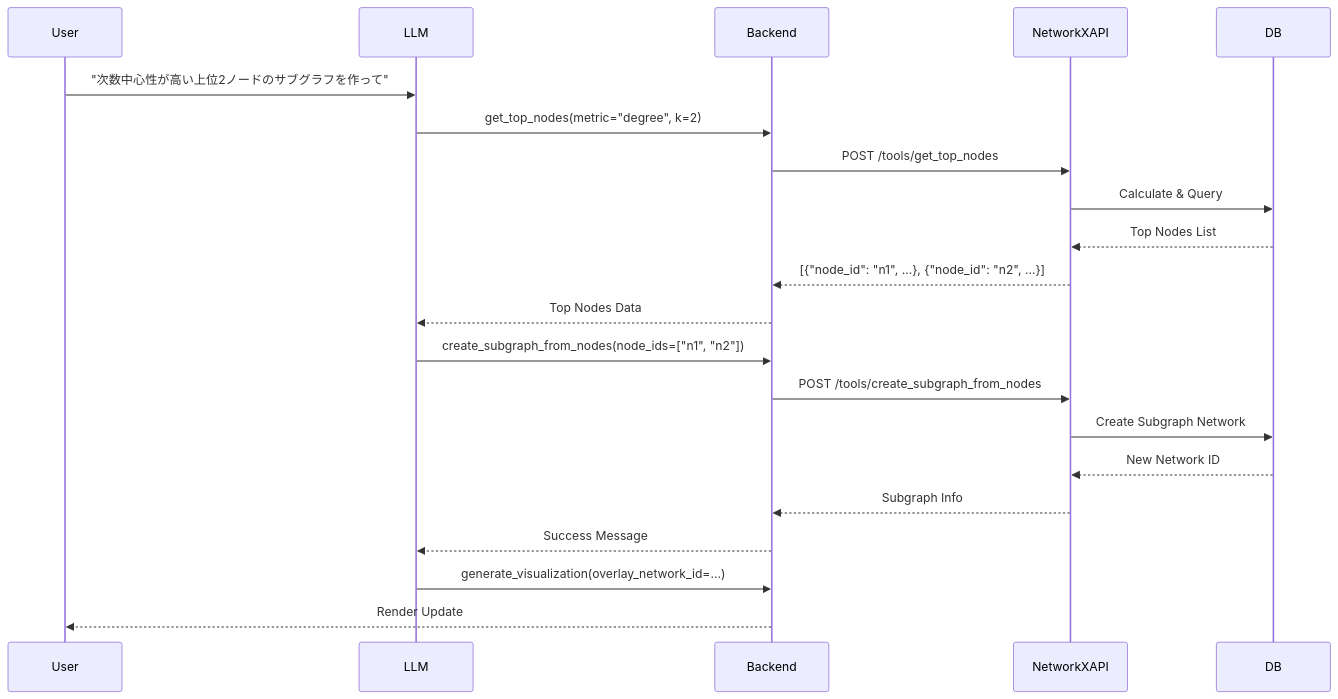
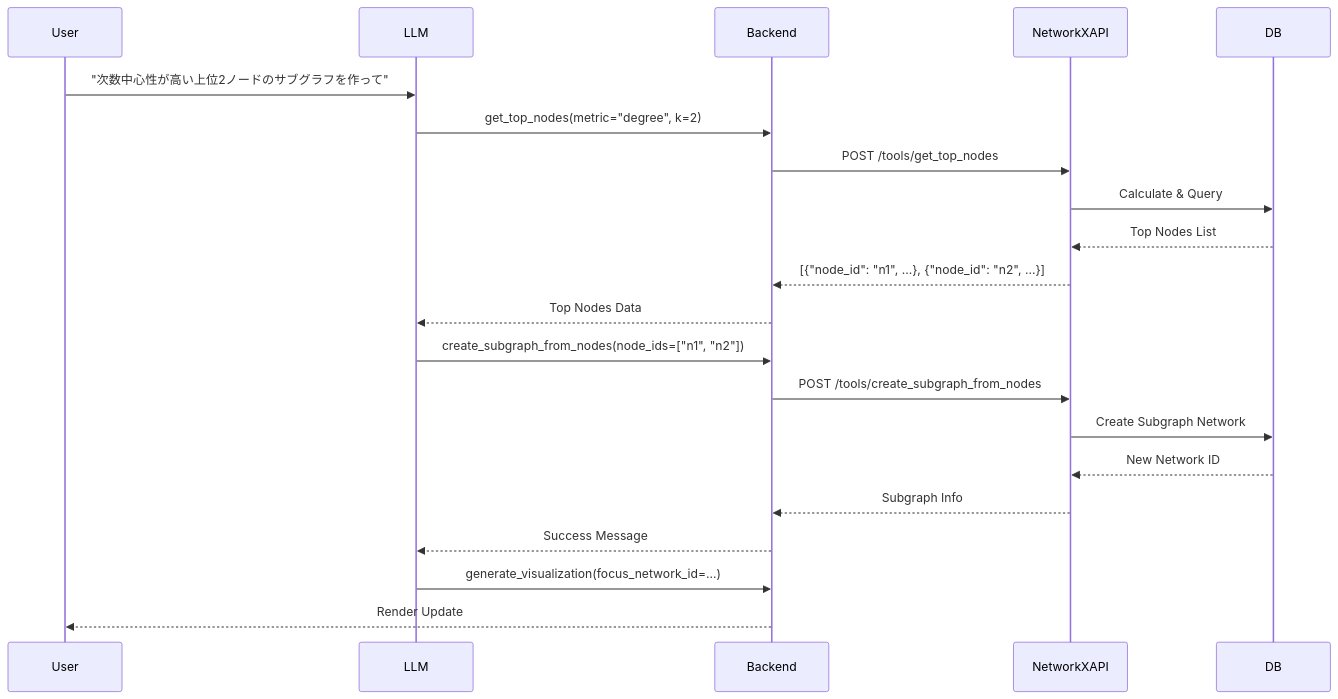
Before and after one commit to vdslab/LLMGraphvis: the fourth of 8 diagrams in specification/2_Technical_Details/6_Core_Workflows.md, drawn with Mermaid. The commit also changed other lines of this file and 1 other file, not shown here.

Commit message:
docs: Update NetworkX API and Core Workflows technical specifications.

````diff
--- a/specification/2_Technical_Details/6_Core_Workflows.md
+++ b/specification/2_Technical_Details/6_Core_Workflows.md
@@ -217,26 +217,26 @@
 ```mermaid
 sequenceDiagram
     participant User
     participant LLM
     participant Backend
     participant NetworkXAPI
     participant DB
 
     User->>LLM: "次数中心性が高い上位2ノードのサブグラフを作って"
     LLM->>Backend: get_top_nodes(metric="degree", k=2)
     Backend->>NetworkXAPI: POST /tools/get_top_nodes
     NetworkXAPI->>DB: Calculate & Query
     DB-->>NetworkXAPI: Top Nodes List
     NetworkXAPI-->>Backend: [{"node_id": "n1", ...}, {"node_id": "n2", ...}]
     Backend-->>LLM: Top Nodes Data
 
     LLM->>Backend: create_subgraph_from_nodes(node_ids=["n1", "n2"])
     Backend->>NetworkXAPI: POST /tools/create_subgraph_from_nodes
     NetworkXAPI->>DB: Create Subgraph Network
     DB-->>NetworkXAPI: New Network ID
     NetworkXAPI-->>Backend: Subgraph Info
     Backend-->>LLM: Success Message
 
-    LLM->>Backend: generate_visualization(overlay_network_id=...)
+    LLM->>Backend: generate_visualization(focus_network_id=...)
     Backend-->>User: Render Update
 ```
````
